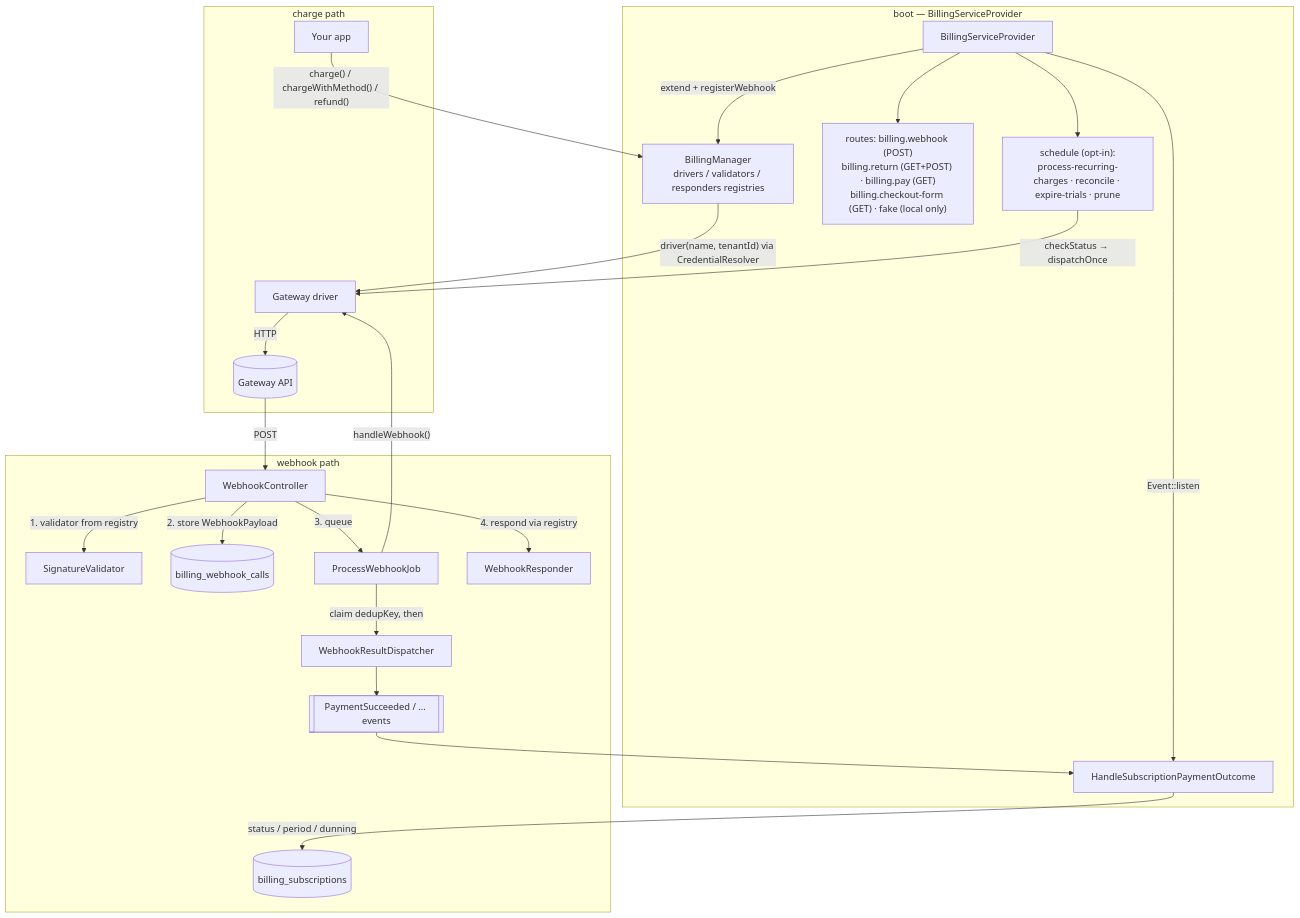
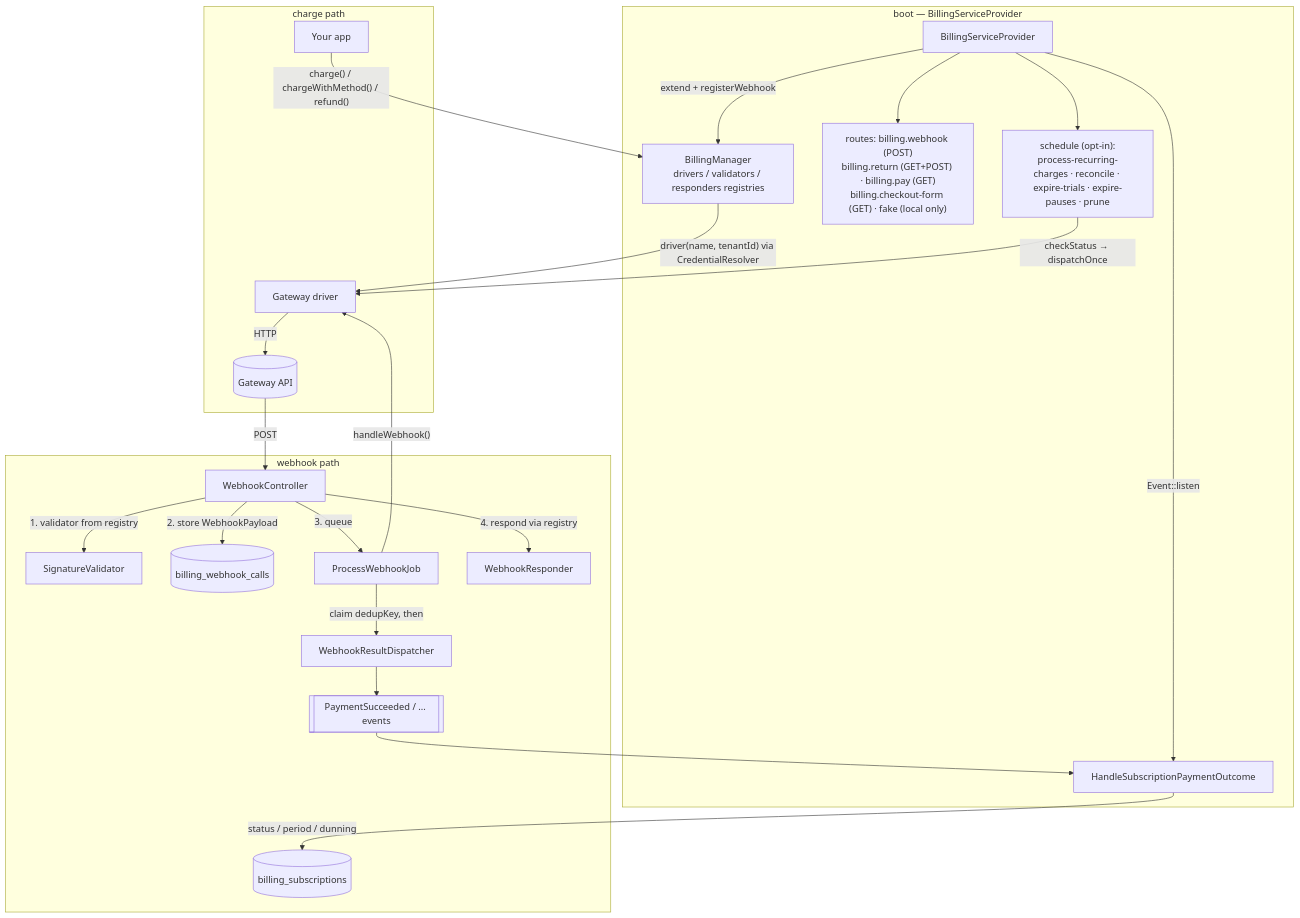
One commit to fomvasss/laravel-billing changed the diagram in docs/architecture.md. Above: the diagram before and after it, drawn with Mermaid. The commit also changed other lines of this file and 4 other files, not shown here.

````diff
--- a/docs/architecture.md
+++ b/docs/architecture.md
@@ -7,30 +7,30 @@
 ```mermaid
 flowchart TB
     subgraph Registration [boot — BillingServiceProvider]
         SP[BillingServiceProvider] -->|extend + registerWebhook| BM[BillingManager<br/>drivers / validators / responders registries]
         SP --> Routes["routes: billing.webhook (POST)<br/>billing.return (GET+POST) · billing.pay (GET)<br/>billing.checkout-form (GET) · fake (local only)"]
-        SP --> Sched["schedule (opt-in):<br/>process-recurring-charges · reconcile · expire-trials · prune"]
+        SP --> Sched["schedule (opt-in):<br/>process-recurring-charges · reconcile · expire-trials · expire-pauses · prune"]
         SP -->|"Event::listen"| L[HandleSubscriptionPaymentOutcome]
     end
 
     subgraph Charge [charge path]
         App[Your app] -->|"charge() / chargeWithMethod() / refund()"| BM
         BM -->|"driver(name, tenantId) via CredentialResolver"| D[Gateway driver]
         D -->|HTTP| Bank[(Gateway API)]
     end
 
     subgraph Webhook [webhook path]
         Bank -->|POST| WC[WebhookController]
         WC -->|1. validator from registry| SV[SignatureValidator]
         WC -->|2. store WebhookPayload| WCall[(billing_webhook_calls)]
         WC -->|3. queue| Job[ProcessWebhookJob]
         WC -->|4. respond via registry| Resp[WebhookResponder]
         Job -->|"handleWebhook()"| D
         Job -->|"claim dedupKey, then"| WRD[WebhookResultDispatcher]
         WRD --> Events[[PaymentSucceeded / ... events]]
         Events --> L
         L -->|status / period / dunning| Sub[(billing_subscriptions)]
     end
 
     Sched -->|checkStatus → dispatchOnce| D
 ```
````
